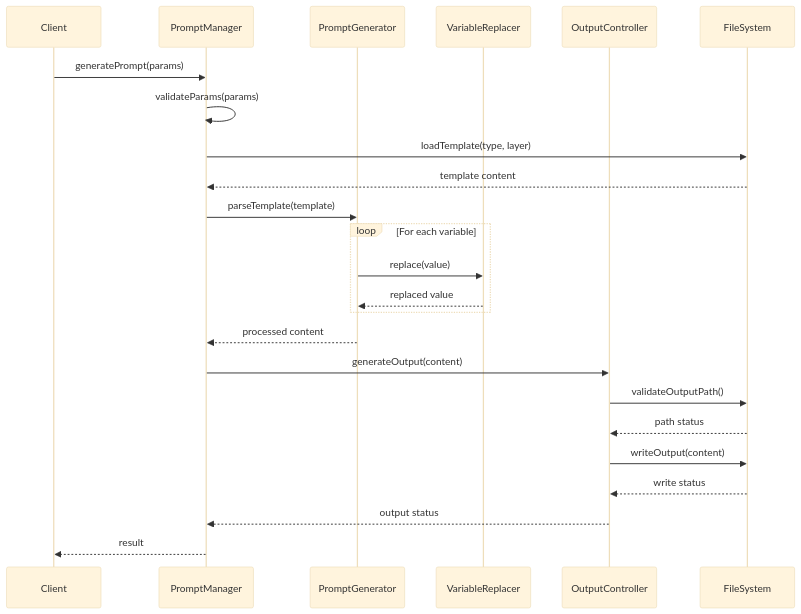
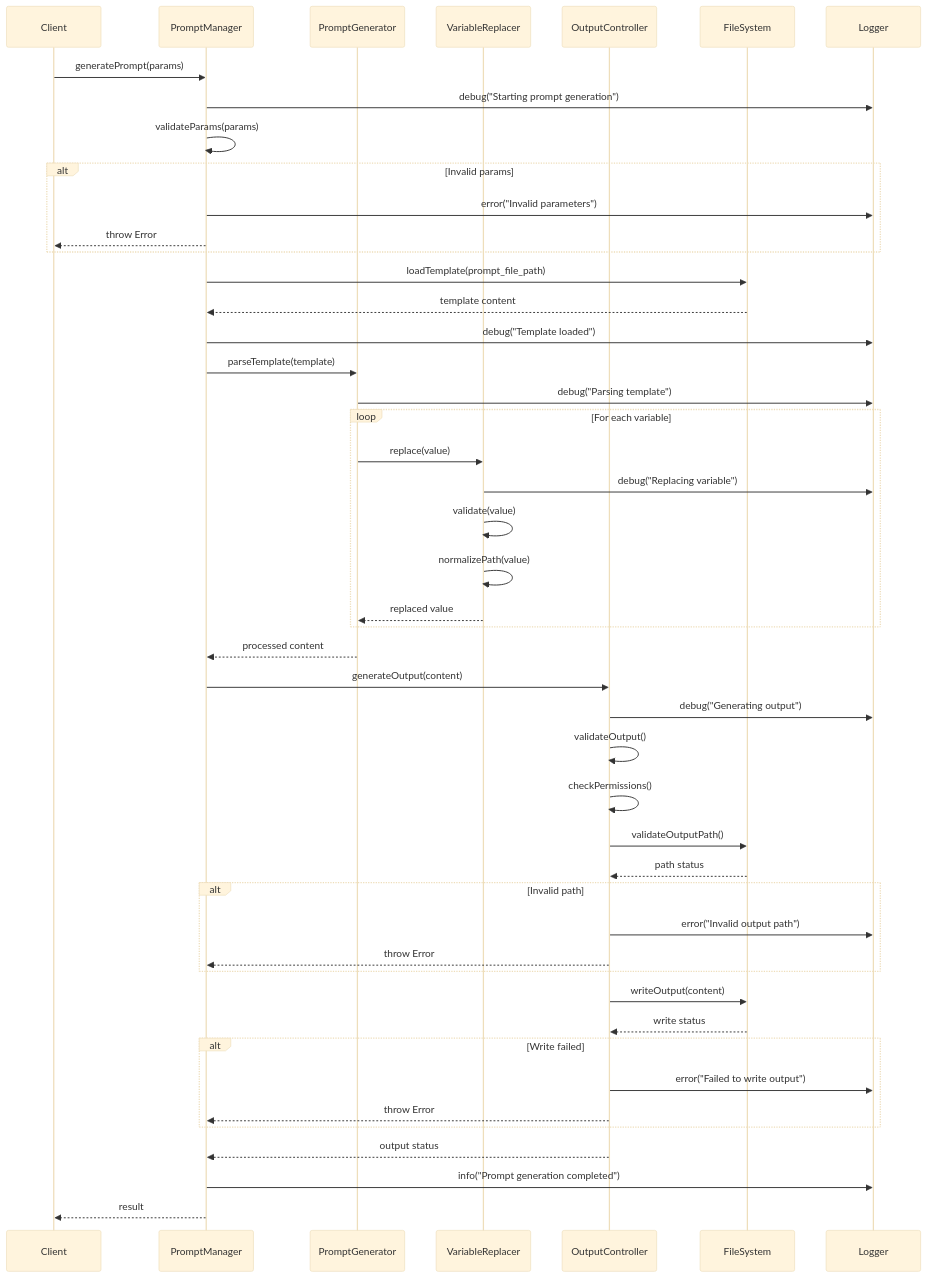
Before and after one commit to tettuan/breakdownprompt: the diagram in docs/uml/sequence.md, drawn with Mermaid (base theme). The commit also changed 4 other files, not shown here.

First line of the commit message:
docs: update system documentation and UML diagrams

````diff
--- a/docs/uml/sequence.md
+++ b/docs/uml/sequence.md
@@ -1,29 +1,61 @@
 ```mermaid
 sequenceDiagram
     participant Client
     participant PromptManager
     participant PromptGenerator
     participant VariableReplacer
     participant OutputController
     participant FileSystem
+    participant Logger
 
     Client->>PromptManager: generatePrompt(params)
+    PromptManager->>Logger: debug("Starting prompt generation")
     PromptManager->>PromptManager: validateParams(params)
-    PromptManager->>FileSystem: loadTemplate(type, layer)
+    
+    alt Invalid params
+        PromptManager->>Logger: error("Invalid parameters")
+        PromptManager-->>Client: throw Error
+    end
+    
+    PromptManager->>FileSystem: loadTemplate(prompt_file_path)
     FileSystem-->>PromptManager: template content
+    PromptManager->>Logger: debug("Template loaded")
+    
     PromptManager->>PromptGenerator: parseTemplate(template)
+    PromptGenerator->>Logger: debug("Parsing template")
     
     loop For each variable
         PromptGenerator->>VariableReplacer: replace(value)
+        VariableReplacer->>Logger: debug("Replacing variable")
+        VariableReplacer->>VariableReplacer: validate(value)
+        VariableReplacer->>VariableReplacer: normalizePath(value)
         VariableReplacer-->>PromptGenerator: replaced value
     end
     
     PromptGenerator-->>PromptManager: processed content
     PromptManager->>OutputController: generateOutput(content)
+    
+    OutputController->>Logger: debug("Generating output")
+    OutputController->>OutputController: validateOutput()
+    OutputController->>OutputController: checkPermissions()
+    
     OutputController->>FileSystem: validateOutputPath()
     FileSystem-->>OutputController: path status
+    
+    alt Invalid path
+        OutputController->>Logger: error("Invalid output path")
+        OutputController-->>PromptManager: throw Error
+    end
+    
     OutputController->>FileSystem: writeOutput(content)
     FileSystem-->>OutputController: write status
+    
+    alt Write failed
+        OutputController->>Logger: error("Failed to write output")
+        OutputController-->>PromptManager: throw Error
+    end
+    
     OutputController-->>PromptManager: output status
+    PromptManager->>Logger: info("Prompt generation completed")
     PromptManager-->>Client: result
 ```
````
